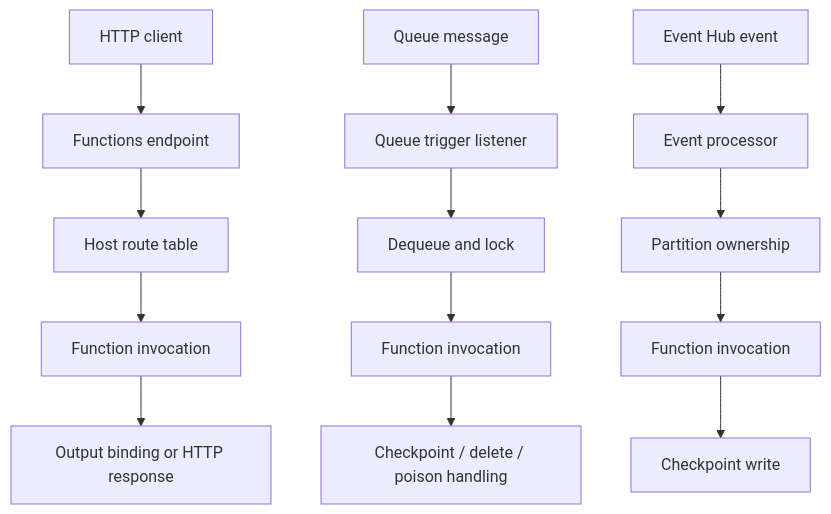
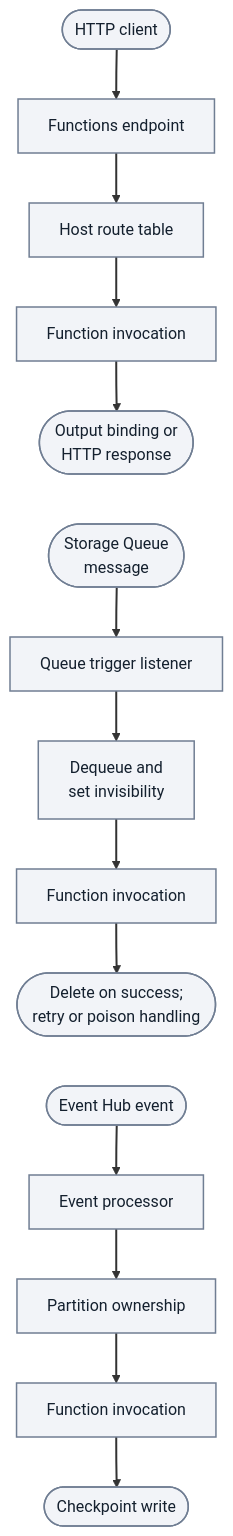
Before and after one commit to yeongseon/azure-functions-practical-guide: the third of 10 diagrams in docs/troubleshooting/architecture-components-reference.md, drawn with Mermaid. The commit also changed other lines of this file and 4 other files, not shown here.

First line of the commit message:
docs(diagrams): migrate Functions troubleshooting overview — architecture components reference and decision tree and related diagnostics (#455)

````diff
--- a/docs/troubleshooting/architecture-components-reference.md
+++ b/docs/troubleshooting/architecture-components-reference.md
@@ -303,17 +305,25 @@
 ```mermaid
 flowchart TD
-    A[HTTP client] --> B[Functions endpoint]
-    B --> C[Host route table]
-    C --> D[Function invocation]
-    D --> E[Output binding or HTTP response]
+    accTitle: Logical processing stages by trigger type
+    accDescr: Three separate illustrative stage paths compare HTTP routing and response, Storage Queue listener and visibility-based processing with delete, retry or poison handling, and Event Hubs processing with partition ownership and checkpoints. Arrows show logical stage order, not connection initiators or a guaranteed internal protocol; the paths are not connected to one another.
+    A(["HTTP client"]) --> B["Functions endpoint"]
+    B --> C["Host route table"]
+    C --> D["Function invocation"]
+    D --> E(["Output binding or<br/>HTTP response"])
 
-    F[Queue message] --> G[Queue trigger listener]
-    G --> H[Dequeue and lock]
-    H --> I[Function invocation]
-    I --> J["Checkpoint / delete / poison handling"]
+    F(["Storage Queue<br/>message"]) --> G["Queue trigger listener"]
+    G --> H["Dequeue and<br/>set invisibility"]
+    H --> I["Function invocation"]
+    I --> J(["Delete on success;<br/>retry or poison handling"])
 
-    K[Event Hub event] --> L[Event processor]
-    L --> M[Partition ownership]
-    M --> N[Function invocation]
-    N --> O[Checkpoint write]
+    K(["Event Hub event"]) --> L["Event processor"]
+    L --> M["Partition ownership"]
+    M --> N["Function invocation"]
+    N --> O(["Checkpoint write"])
+    %% Layout-only links stack independent paths; they add no processing steps or arrows.
+    E ~~~ F
+    J ~~~ K
+    classDef baseNeutral fill:#f2f4f8,stroke:#707e93,stroke-width:1.5px,color:#14202e;
+    class A,B,C,D,E,F,G,H,I,J,K,L,M,N,O baseNeutral;
+    linkStyle default stroke-width:2px;
 ```
````
